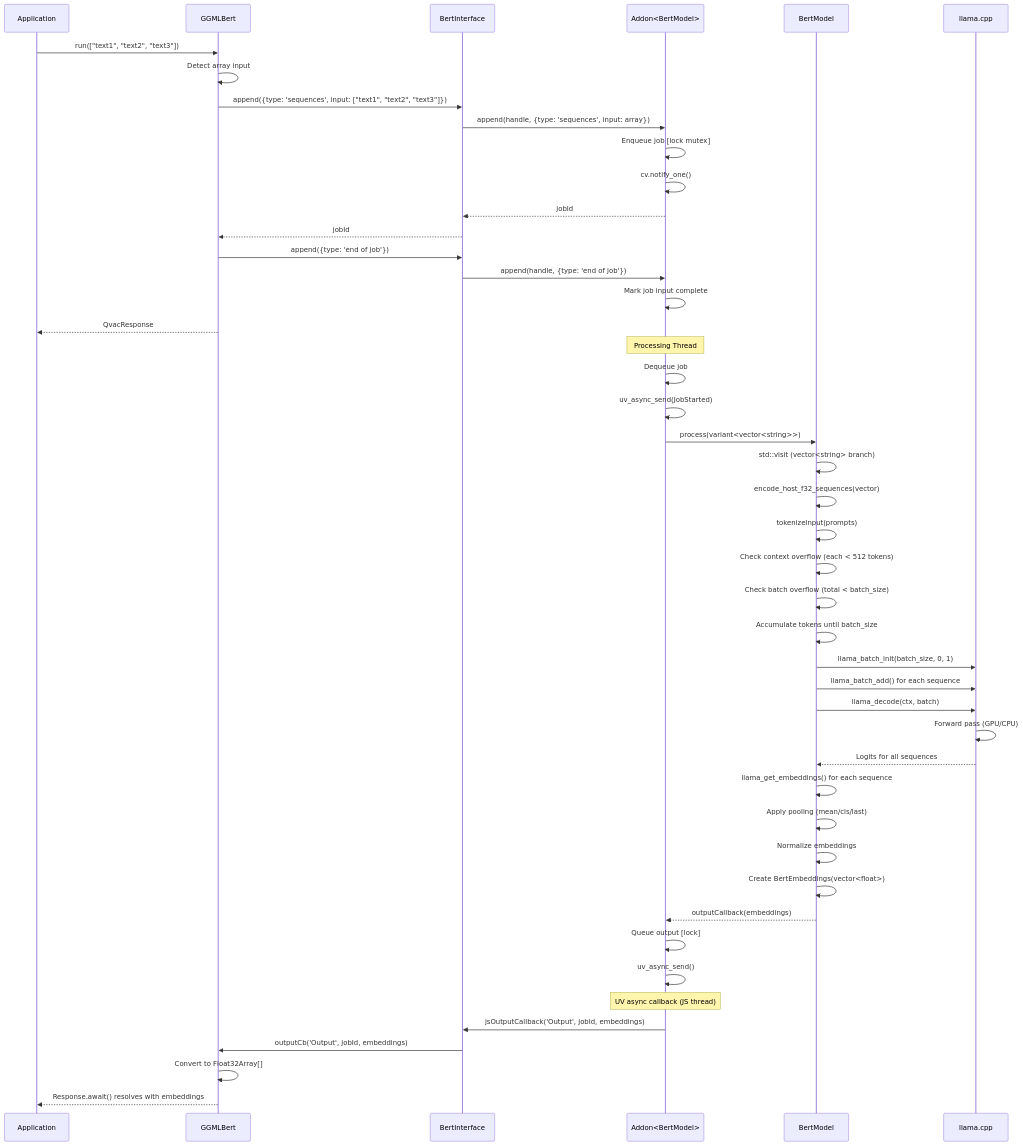
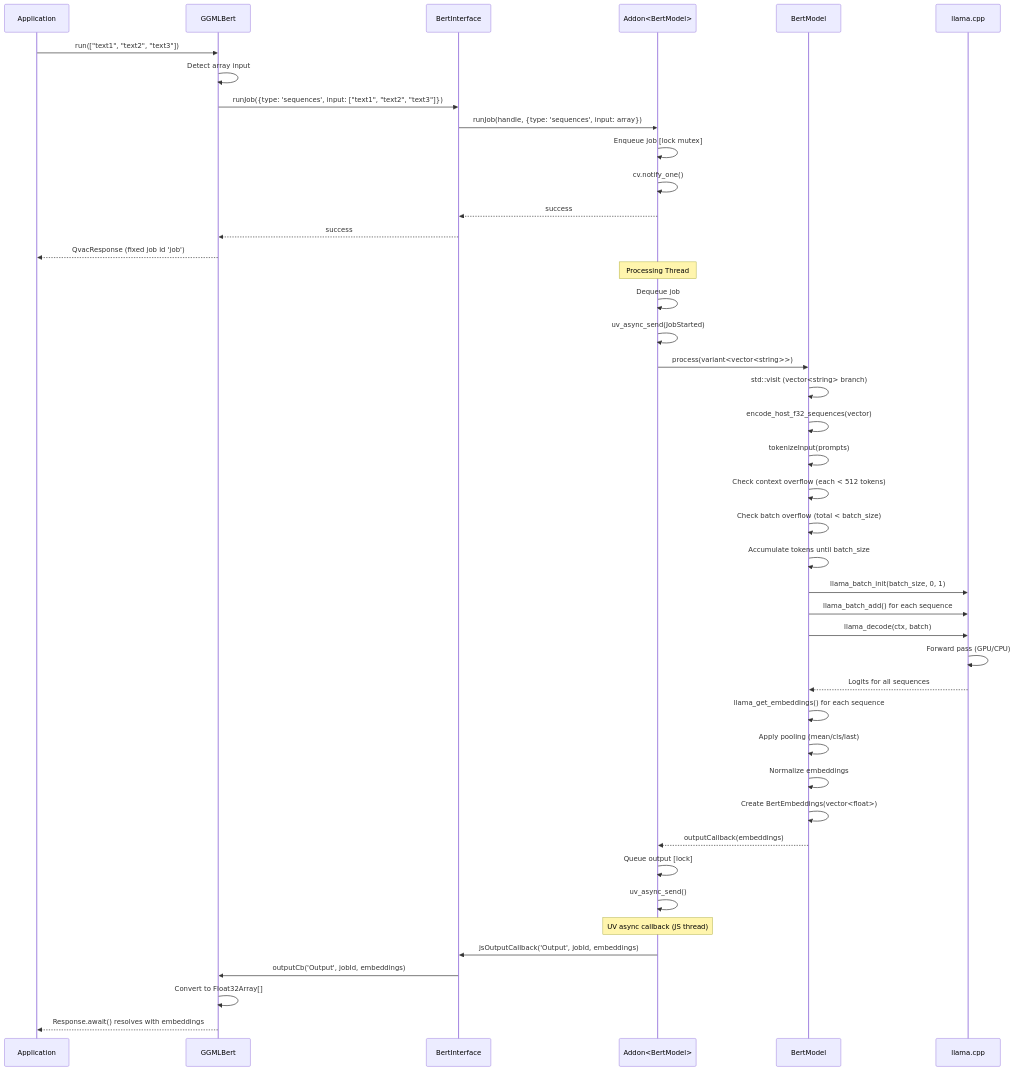
One commit to tetherto/qvac changed the third of 9 diagrams in packages/qvac-lib-infer-llamacpp-embed/docs/data-flows-detailed.md. Above: the diagram before and after it, drawn with Mermaid. The commit also changed other lines of this file and 2 other files, not shown here.

````diff
--- a/packages/qvac-lib-infer-llamacpp-embed/docs/data-flows-detailed.md
+++ b/packages/qvac-lib-infer-llamacpp-embed/docs/data-flows-detailed.md
@@ -118,55 +118,52 @@
 ```mermaid
 sequenceDiagram
     participant App as Application
     participant GGMLBert as GGMLBert
     participant BI as BertInterface
     participant Addon as Addon<BertModel>
     participant BM as BertModel
     participant LLAMA as llama.cpp
     
     App->>GGMLBert: run(["text1", "text2", "text3"])
     GGMLBert->>GGMLBert: Detect array input
-    GGMLBert->>BI: append({type: 'sequences', input: ["text1", "text2", "text3"]})
-    BI->>Addon: append(handle, {type: 'sequences', input: array})
+    GGMLBert->>BI: runJob({type: 'sequences', input: ["text1", "text2", "text3"]})
+    BI->>Addon: runJob(handle, {type: 'sequences', input: array})
     Addon->>Addon: Enqueue job [lock mutex]
     Addon->>Addon: cv.notify_one()
-    Addon-->>BI: jobId
-    BI-->>GGMLBert: jobId
-    GGMLBert->>BI: append({type: 'end of job'})
-    BI->>Addon: append(handle, {type: 'end of job'})
-    Addon->>Addon: Mark job input complete
-    GGMLBert-->>App: QvacResponse
+    Addon-->>BI: success
+    BI-->>GGMLBert: success
+    GGMLBert-->>App: QvacResponse (fixed job id 'job')
     
     Note over Addon: Processing Thread
     Addon->>Addon: Dequeue job
     Addon->>Addon: uv_async_send(JobStarted)
     Addon->>BM: process(variant<vector<string>>)
     
     BM->>BM: std::visit (vector<string> branch)
     BM->>BM: encode_host_f32_sequences(vector)
     BM->>BM: tokenizeInput(prompts)
     BM->>BM: Check context overflow (each < 512 tokens)
     BM->>BM: Check batch overflow (total < batch_size)
     
     BM->>BM: Accumulate tokens until batch_size
     BM->>LLAMA: llama_batch_init(batch_size, 0, 1)
     BM->>LLAMA: llama_batch_add() for each sequence
     BM->>LLAMA: llama_decode(ctx, batch)
     LLAMA->>LLAMA: Forward pass (GPU/CPU)
     LLAMA-->>BM: Logits for all sequences
     
     BM->>BM: llama_get_embeddings() for each sequence
     BM->>BM: Apply pooling (mean/cls/last)
     BM->>BM: Normalize embeddings
     BM->>BM: Create BertEmbeddings(vector<float>)
     BM-->>Addon: outputCallback(embeddings)
     
     Addon->>Addon: Queue output [lock]
     Addon->>Addon: uv_async_send()
     
     Note over Addon: UV async callback (JS thread)
     Addon->>BI: jsOutputCallback('Output', jobId, embeddings)
     BI->>GGMLBert: outputCb('Output', jobId, embeddings)
     GGMLBert->>GGMLBert: Convert to Float32Array[]
     GGMLBert-->>App: Response.await() resolves with embeddings
 ```
````
